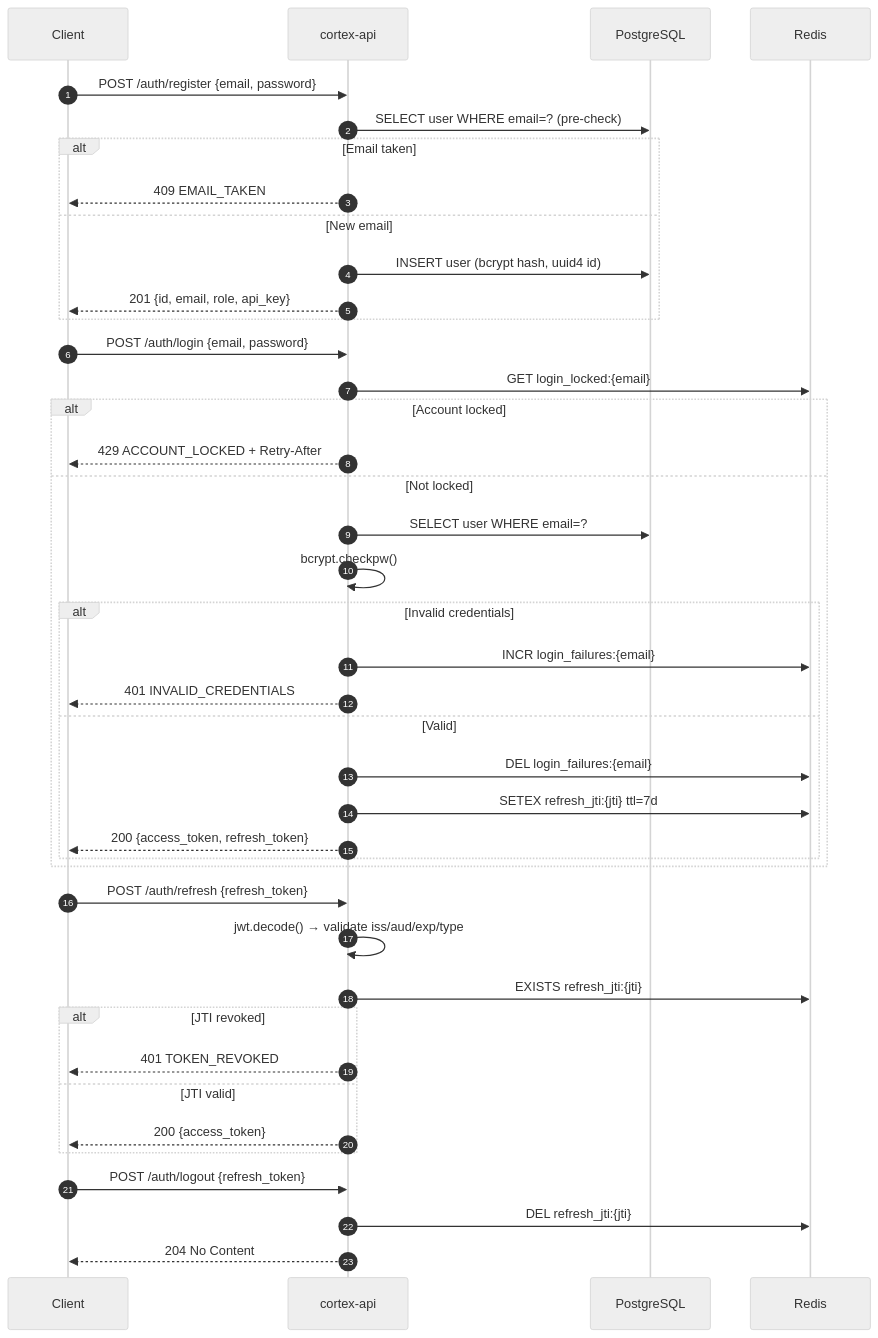
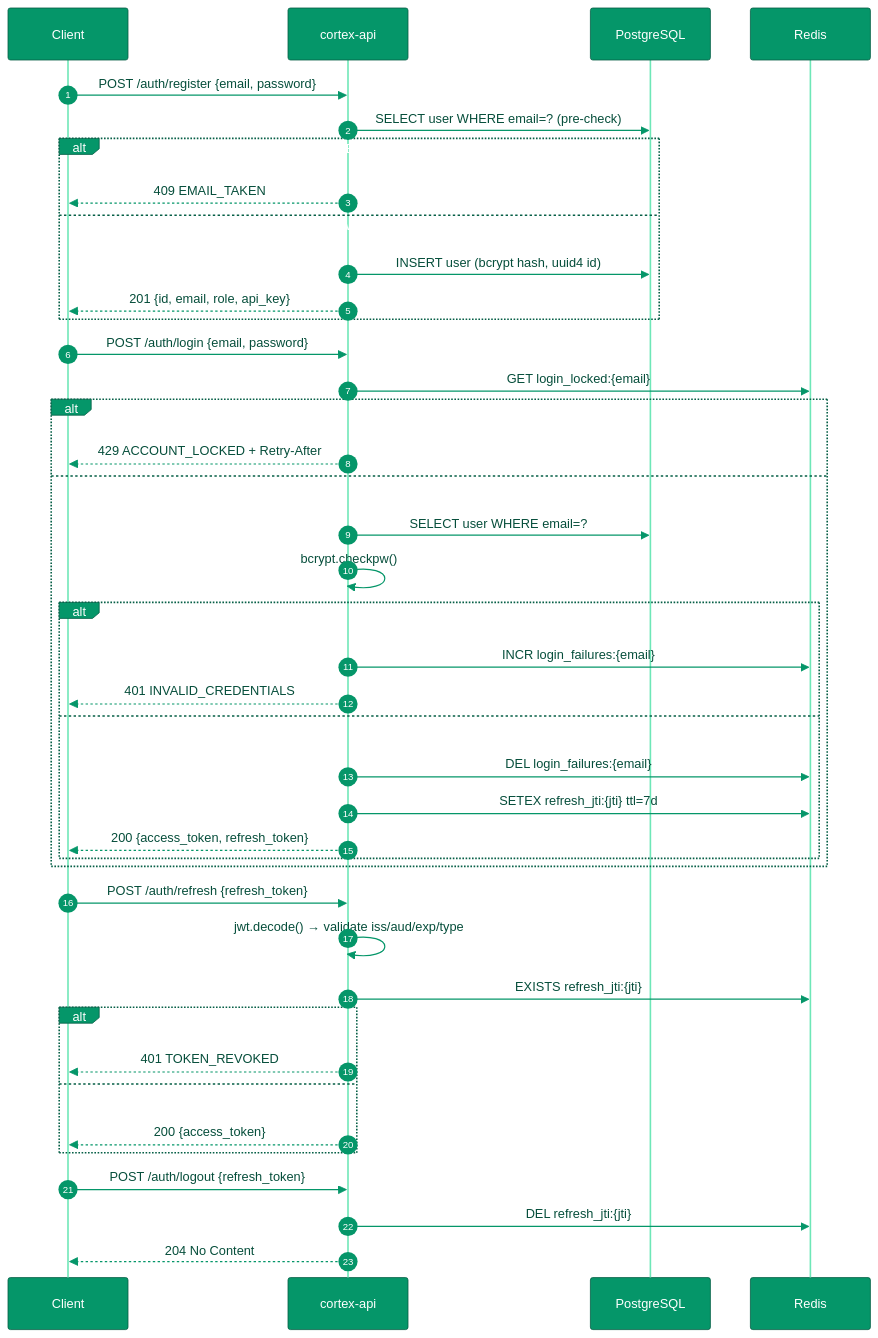
Before and after one commit to adwibha/cortex-api: the third of 7 diagrams in README.md, drawn with Mermaid. The commit also changed other lines of this file and 1 other file, not shown here.

First line of the commit message:
docs: colorful Mermaid diagrams, honest conclusion, and MIT license

````diff
--- a/README.md
+++ b/README.md
@@ -188,52 +204,52 @@
 ```mermaid
-%%{init: {'theme': 'neutral'}}%%
+%%{init: {'theme': 'base', 'themeVariables': {'actorBkg': '#059669', 'actorBorder': '#065f46', 'actorTextColor': '#ffffff', 'actorLineColor': '#6ee7b7', 'signalColor': '#059669', 'signalTextColor': '#064e3b', 'noteBkgColor': '#fef3c7', 'noteBorderColor': '#f59e0b', 'noteTextColor': '#78350f', 'activationBkgColor': '#a7f3d0', 'activationBorderColor': '#059669', 'sequenceNumberColor': '#ffffff'}}}%%
 sequenceDiagram
     autonumber
     participant C as Client
     participant API as cortex-api
     participant DB as PostgreSQL
     participant RD as Redis
 
     %% Registration
     C->>API: POST /auth/register {email, password}
     API->>DB: SELECT user WHERE email=? (pre-check)
     alt Email taken
         API-->>C: 409 EMAIL_TAKEN
     else New email
         API->>DB: INSERT user (bcrypt hash, uuid4 id)
         API-->>C: 201 {id, email, role, api_key}
     end
 
     %% Login
     C->>API: POST /auth/login {email, password}
     API->>RD: GET login_locked:{email}
     alt Account locked
         API-->>C: 429 ACCOUNT_LOCKED + Retry-After
     else Not locked
         API->>DB: SELECT user WHERE email=?
         API->>API: bcrypt.checkpw()
         alt Invalid credentials
             API->>RD: INCR login_failures:{email}
             API-->>C: 401 INVALID_CREDENTIALS
         else Valid
             API->>RD: DEL login_failures:{email}
             API->>RD: SETEX refresh_jti:{jti} ttl=7d
             API-->>C: 200 {access_token, refresh_token}
         end
     end
 
     %% Refresh
     C->>API: POST /auth/refresh {refresh_token}
     API->>API: jwt.decode() → validate iss/aud/exp/type
     API->>RD: EXISTS refresh_jti:{jti}
     alt JTI revoked
         API-->>C: 401 TOKEN_REVOKED
     else JTI valid
         API-->>C: 200 {access_token}
     end
 
     %% Logout
     C->>API: POST /auth/logout {refresh_token}
     API->>RD: DEL refresh_jti:{jti}
     API-->>C: 204 No Content
 ```
````
